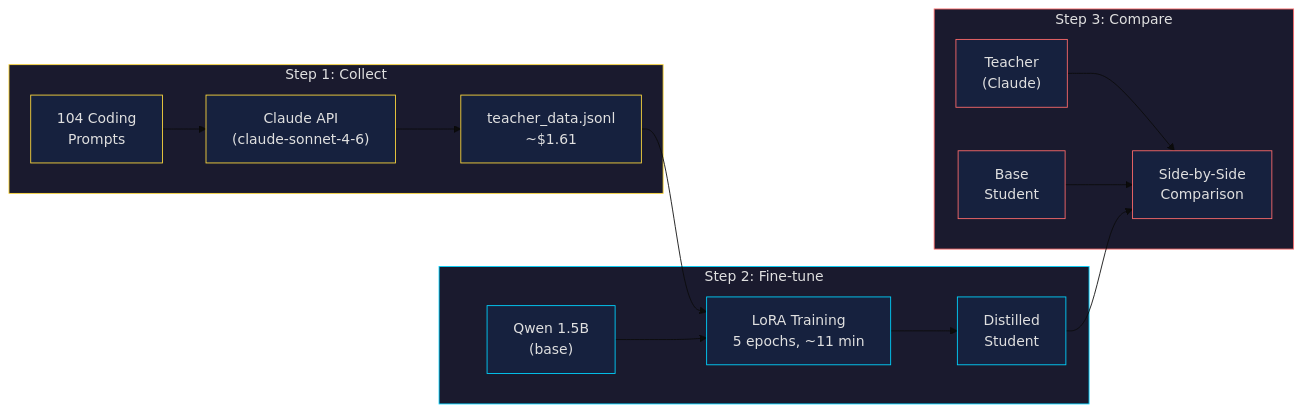
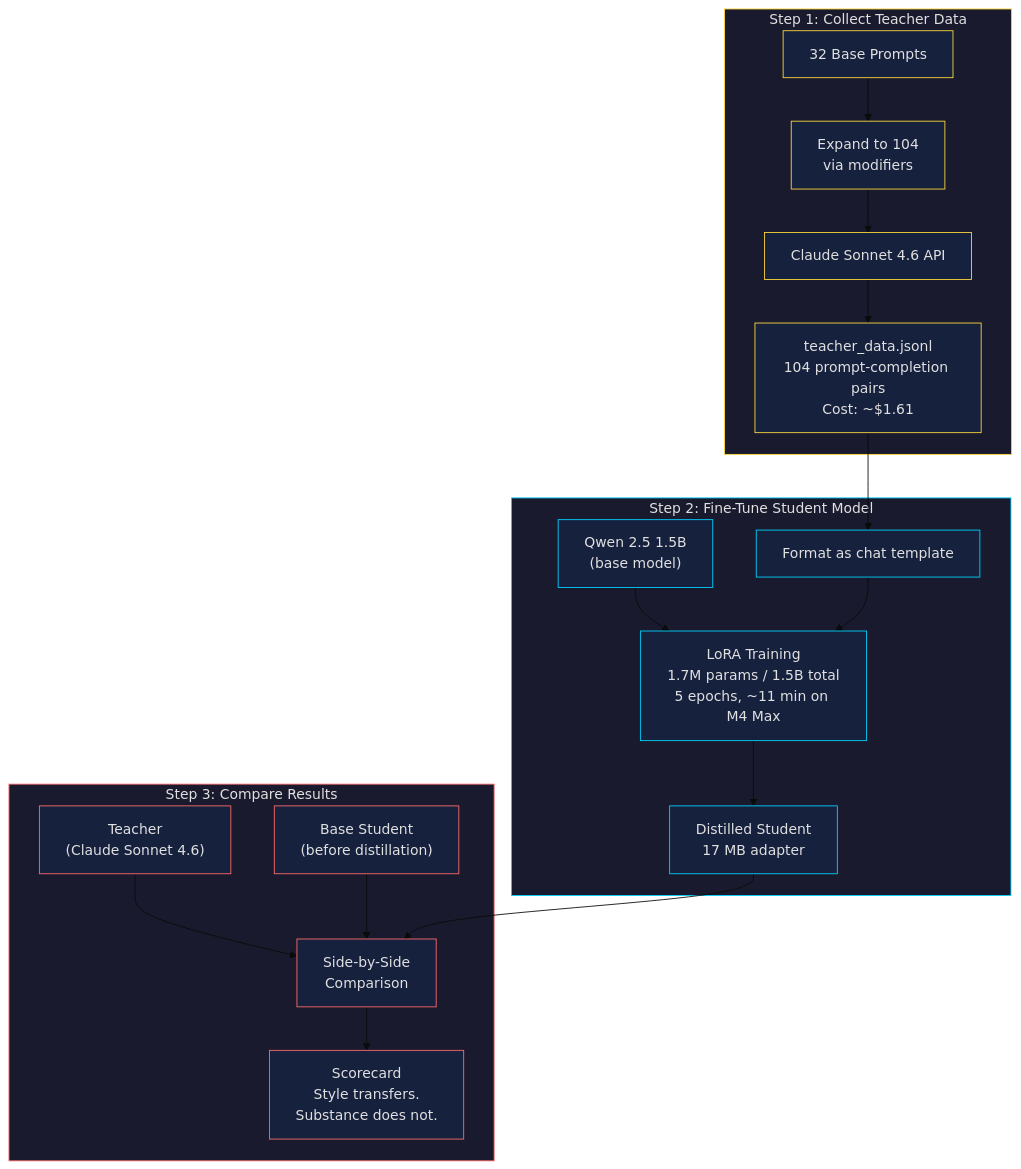
Before and after one commit to kousen/AI_distilling: the diagram in RESULTS.md, drawn with Mermaid (base theme). The commit also changed 1 other file, not shown here.

Commit message:
Redesign pipeline diagram for readability
Switch from horizontal (LR) to vertical (TD) layout, add more
detail nodes (prompt expansion, chat template, scorecard), and
include specific metrics in labels. Updates both pipeline.mmd
and the embedded version in RESULTS.md.

````diff
--- a/RESULTS.md
+++ b/RESULTS.md
@@ -8,32 +8,38 @@
 ```mermaid
-flowchart LR
-    subgraph step1["Step 1: Collect"]
-        P["104 Coding\nPrompts"] --> API["Claude API\n(claude-sonnet-4-6)"]
-        API --> D["teacher_data.jsonl\n~$1.61"]
+flowchart TD
+    subgraph step1["Step 1: Collect Teacher Data"]
+        P["32 Base Prompts"] --> EXP["Expand to 104\nvia modifiers"]
+        EXP --> API["Claude Sonnet 4.6 API"]
+        API --> D["teacher_data.jsonl\n104 prompt-completion pairs\nCost: ~$1.61"]
     end
 
-    subgraph step2["Step 2: Fine-tune"]
-        D --> LORA["LoRA Training\n5 epochs, ~11 min"]
-        BASE["Qwen 1.5B\n(base)"] --> LORA
-        LORA --> DIST["Distilled\nStudent"]
+    subgraph step2["Step 2: Fine-Tune Student Model"]
+        D --> FMT["Format as chat template"]
+        BASE["Qwen 2.5 1.5B\n(base model)"] --> LORA["LoRA Training\n1.7M params / 1.5B total\n5 epochs, ~11 min on M4 Max"]
+        FMT --> LORA
+        LORA --> DIST["Distilled Student\n17 MB adapter"]
     end
 
-    subgraph step3["Step 3: Compare"]
-        TEACHER["Teacher\n(Claude)"] --> CMP["Side-by-Side\nComparison"]
-        BASE2["Base\nStudent"] --> CMP
+    subgraph step3["Step 3: Compare Results"]
+        TEACHER["Teacher\n(Claude Sonnet 4.6)"] --> CMP["Side-by-Side\nComparison"]
+        BASE2["Base Student\n(before distillation)"] --> CMP
         DIST --> CMP
+        CMP --> SCORE["Scorecard\nStyle transfers.\nSubstance does not."]
     end
 
     style step1 fill:#1a1a2e,stroke:#ffd93d,color:#e0e0e0
     style step2 fill:#1a1a2e,stroke:#00d4ff,color:#e0e0e0
     style step3 fill:#1a1a2e,stroke:#ff6b6b,color:#e0e0e0
     style P fill:#16213e,stroke:#ffd93d,color:#e0e0e0
+    style EXP fill:#16213e,stroke:#ffd93d,color:#e0e0e0
     style API fill:#16213e,stroke:#ffd93d,color:#e0e0e0
     style D fill:#16213e,stroke:#ffd93d,color:#e0e0e0
+    style FMT fill:#16213e,stroke:#00d4ff,color:#e0e0e0
     style LORA fill:#16213e,stroke:#00d4ff,color:#e0e0e0
     style BASE fill:#16213e,stroke:#00d4ff,color:#e0e0e0
     style DIST fill:#16213e,stroke:#00d4ff,color:#e0e0e0
     style TEACHER fill:#16213e,stroke:#ff6b6b,color:#e0e0e0
     style BASE2 fill:#16213e,stroke:#ff6b6b,color:#e0e0e0
     style CMP fill:#16213e,stroke:#ff6b6b,color:#e0e0e0
+    style SCORE fill:#16213e,stroke:#ff6b6b,color:#e0e0e0
 ```
````
